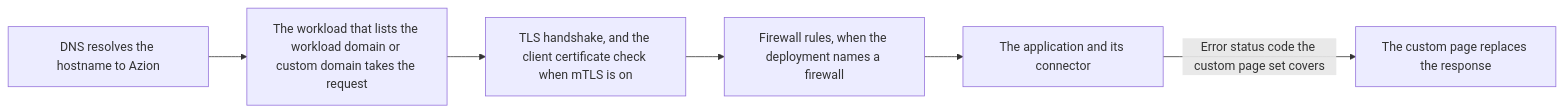
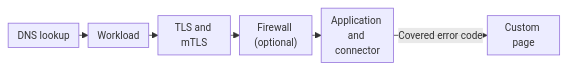
Before and after one commit to aziontech/docs: the diagram in src/content/docs/en/pages/main-menu/reference/secure/workloads/workloads.mdx, drawn with Mermaid. The commit also changed 5 other files, not shown here.

First line of the commit message:
docs(workloads): fit the section's diagrams to the frame without horizontal scroll

````diff
--- a/src/content/docs/en/pages/main-menu/reference/secure/workloads/workloads.mdx
+++ b/src/content/docs/en/pages/main-menu/reference/secure/workloads/workloads.mdx
@@ -85,8 +85,9 @@
 ```mermaid
+%%{init: {"layout": "dagre", "themeVariables": {"fontSize": "13px"}, "flowchart": {"nodeSpacing": 12, "rankSpacing": 12, "padding": 6, "wrappingWidth": 70, "minNodeWidth": 40, "useMaxWidth": true}}}%%
 flowchart LR
-  DNS["DNS resolves the hostname to Azion"] --> Host["The workload that lists the workload domain or custom domain takes the request"]
-  Host --> TLS["TLS handshake, and the client certificate check when mTLS is on"]
-  TLS --> FW["Firewall rules, when the deployment names a firewall"]
-  FW --> App["The application and its connector"]
-  App -->|"Error status code the custom page set covers"| CP["The custom page replaces the response"]
+  DNS["DNS lookup"] --> Host["Workload"]
+  Host --> TLS["TLS and mTLS"]
+  TLS --> FW["Firewall (optional)"]
+  FW --> App["Application and connector"]
+  App -->|"Covered error code"| CP["Custom page"]
 ```
````
